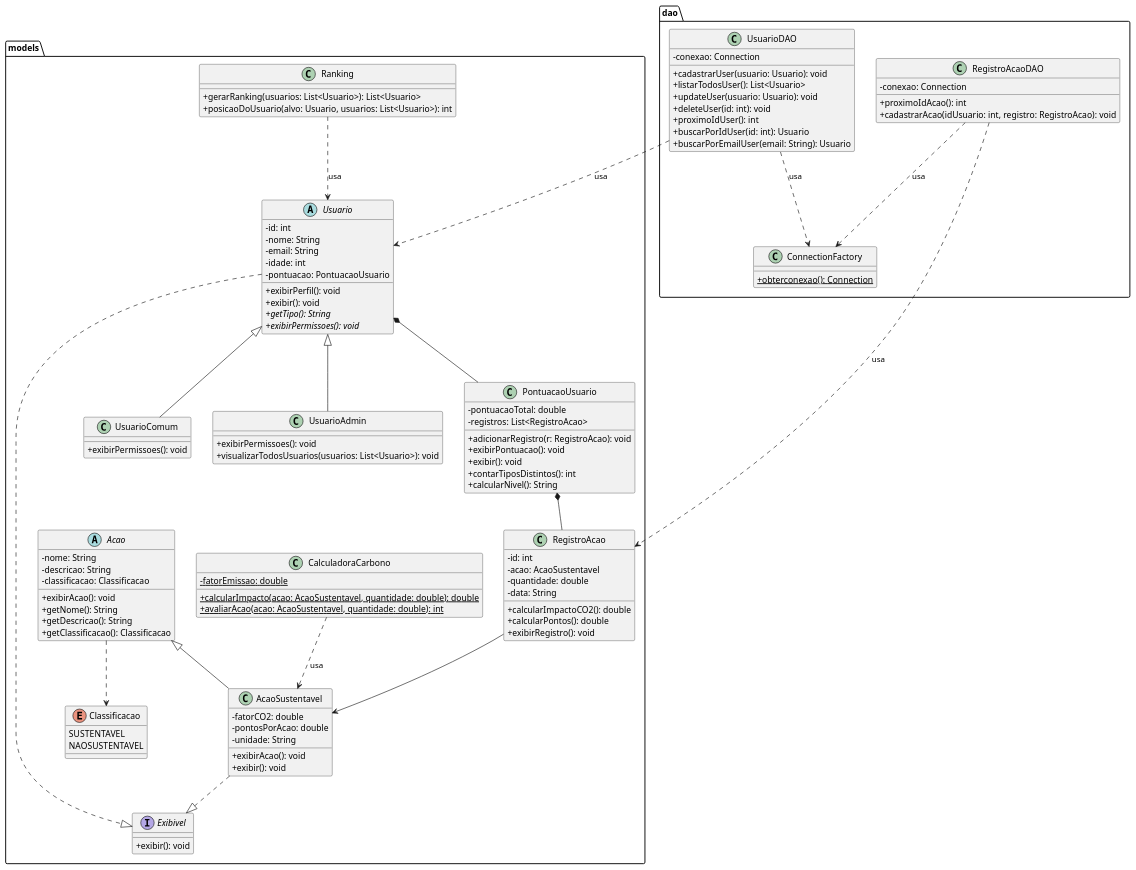
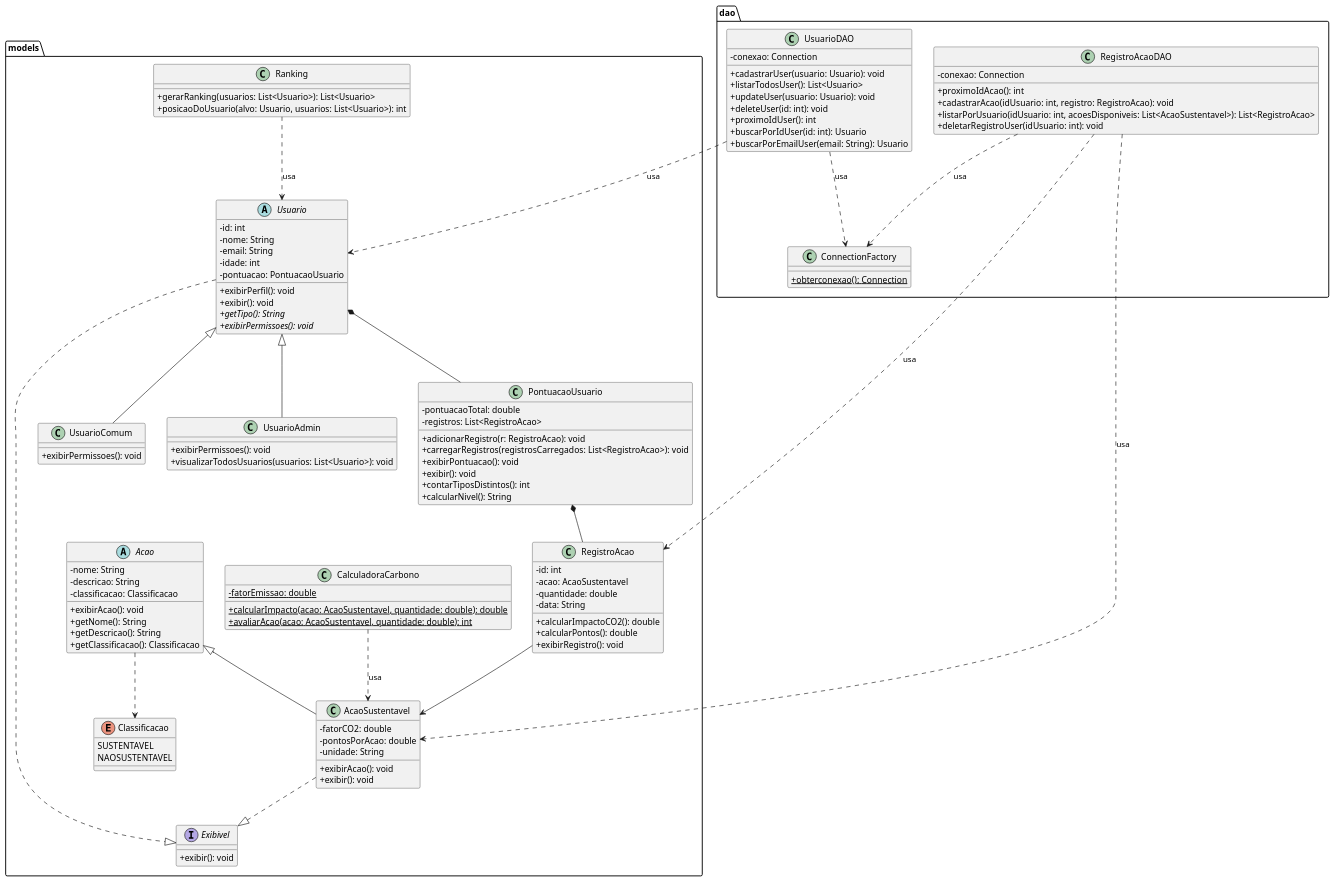
One commit to RankUp-TDSPJ/RankUp-Java changed the diagram in rankup_diagrama.puml. Above: the diagram before and after it, drawn with PlantUML.

Commit message:
diagrama atualizou

```diff
--- a/rankup_diagrama.puml
+++ b/rankup_diagrama.puml
@@ -1,131 +1,135 @@
 @startuml RankUp
 skinparam classAttributeIconSize 0
 
 package "models" {
 
     interface Exibivel {
       +exibir(): void
     }
 
     abstract class Usuario {
       -id: int
       -nome: String
       -email: String
       -idade: int
       -pontuacao: PontuacaoUsuario
       +exibirPerfil(): void
       +exibir(): void
       +{abstract} getTipo(): String
       +{abstract} exibirPermissoes(): void
     }
 
     class UsuarioComum {
       +exibirPermissoes(): void
     }
 
     class UsuarioAdmin {
       +exibirPermissoes(): void
       +visualizarTodosUsuarios(usuarios: List<Usuario>): void
     }
 
     class PontuacaoUsuario {
       -pontuacaoTotal: double
       -registros: List<RegistroAcao>
       +adicionarRegistro(r: RegistroAcao): void
+      +carregarRegistros(registrosCarregados: List<RegistroAcao>): void
       +exibirPontuacao(): void
       +exibir(): void
       +contarTiposDistintos(): int
       +calcularNivel(): String
     }
 
     class RegistroAcao {
       -id: int
       -acao: AcaoSustentavel
       -quantidade: double
       -data: String
       +calcularImpactoCO2(): double
       +calcularPontos(): double
       +exibirRegistro(): void
     }
 
     class CalculadoraCarbono {
       -{static} fatorEmissao: double
       +{static} calcularImpacto(acao: AcaoSustentavel, quantidade: double): double
       +{static} avaliarAcao(acao: AcaoSustentavel, quantidade: double): int
     }
 
     abstract class Acao {
       -nome: String
       -descricao: String
       -classificacao: Classificacao
       +exibirAcao(): void
       +getNome(): String
       +getDescricao(): String
       +getClassificacao(): Classificacao
     }
 
     class AcaoSustentavel {
       -fatorCO2: double
       -pontosPorAcao: double
       -unidade: String
       +exibirAcao(): void
       +exibir(): void
     }
 
     enum Classificacao {
       SUSTENTAVEL
       NAOSUSTENTAVEL
     }
 
     class Ranking {
       +gerarRanking(usuarios: List<Usuario>): List<Usuario>
       +posicaoDoUsuario(alvo: Usuario, usuarios: List<Usuario>): int
     }
 }
 
 package "dao" {
 
     class ConnectionFactory {
       +{static} obterconexao(): Connection
     }
 
     class UsuarioDAO {
       -conexao: Connection
       +cadastrarUser(usuario: Usuario): void
       +listarTodosUser(): List<Usuario>
       +updateUser(usuario: Usuario): void
       +deleteUser(id: int): void
       +proximoIdUser(): int
       +buscarPorIdUser(id: int): Usuario
       +buscarPorEmailUser(email: String): Usuario
     }
 
     class RegistroAcaoDAO {
       -conexao: Connection
       +proximoIdAcao(): int
       +cadastrarAcao(idUsuario: int, registro: RegistroAcao): void
+      +listarPorUsuario(idUsuario: int, acoesDisponiveis: List<AcaoSustentavel>): List<RegistroAcao>
+      +deletarRegistroUser(idUsuario: int): void
     }
 }
 
 ' ===== Heranca e interfaces =====
 Usuario ..|> Exibivel
 AcaoSustentavel ..|> Exibivel
 Usuario <|-- UsuarioComum
 Usuario <|-- UsuarioAdmin
 Acao <|-- AcaoSustentavel
 
 ' ===== Composicao / associacao dentro de models =====
 Usuario *-- PontuacaoUsuario
 PontuacaoUsuario *-- RegistroAcao
 RegistroAcao --> AcaoSustentavel
 CalculadoraCarbono ..> AcaoSustentavel : usa
 Acao ..> Classificacao
 Ranking ..> Usuario : usa
 
 ' ===== Camada DAO =====
 UsuarioDAO ..> Usuario : usa
 UsuarioDAO ..> ConnectionFactory : usa
 RegistroAcaoDAO ..> RegistroAcao : usa
+RegistroAcaoDAO ..> AcaoSustentavel : usa
 RegistroAcaoDAO ..> ConnectionFactory : usa
 
 @enduml
```
